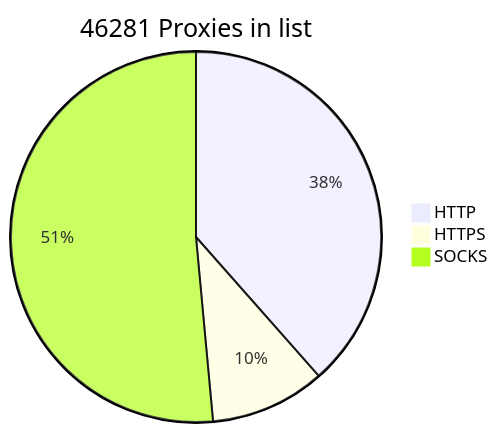
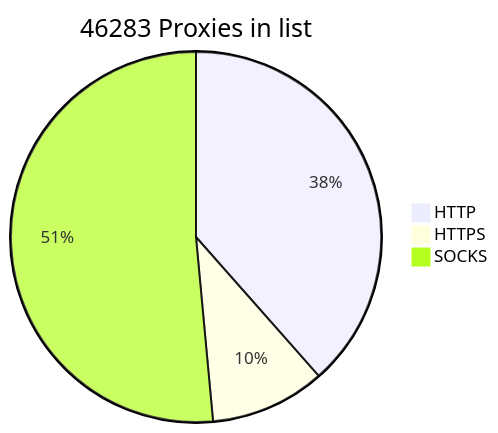
Before and after one commit to BlackSnowDot/proxylist-update-every-minute: the diagram in README.md, drawn with Mermaid.

````diff
--- a/README.md
+++ b/README.md
@@ -2,6 +2,6 @@
 ```mermaid
-pie title 46281 Proxies in list
+pie title 46283 Proxies in list
     "HTTP" : 19507
     "HTTPS": 5093
-    "SOCKS" : 26089
+    "SOCKS" : 26091
 ```
````
